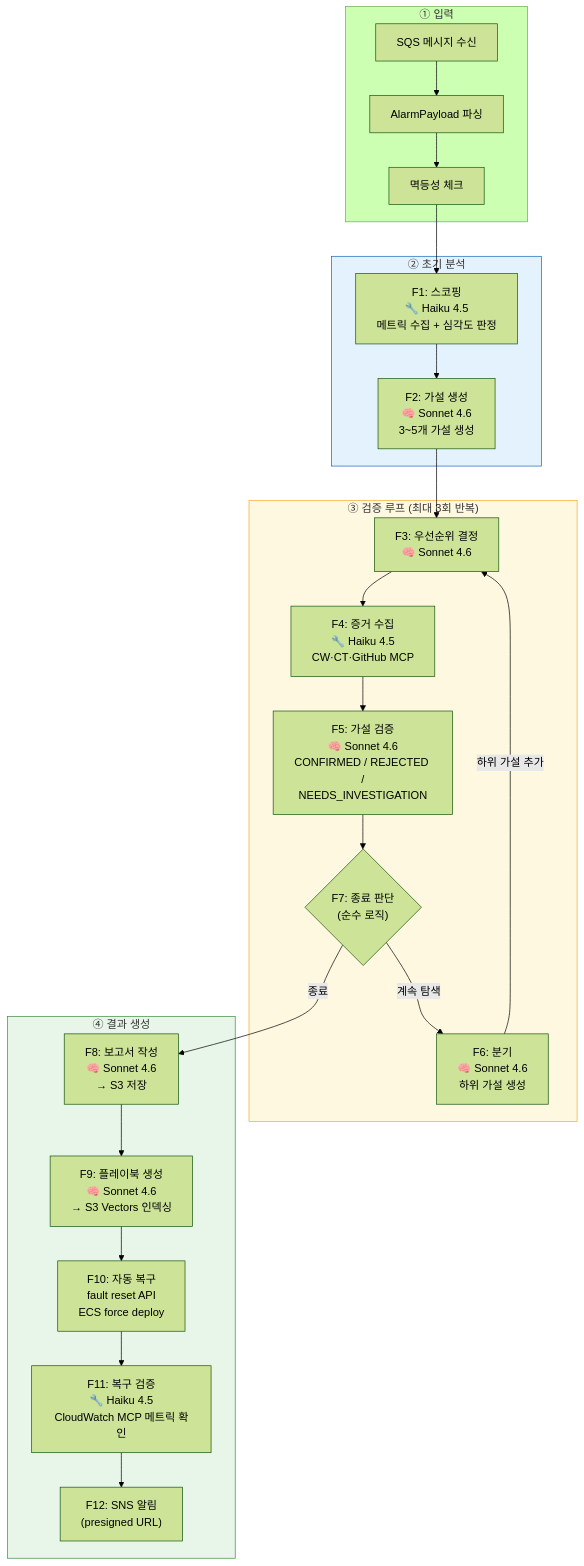
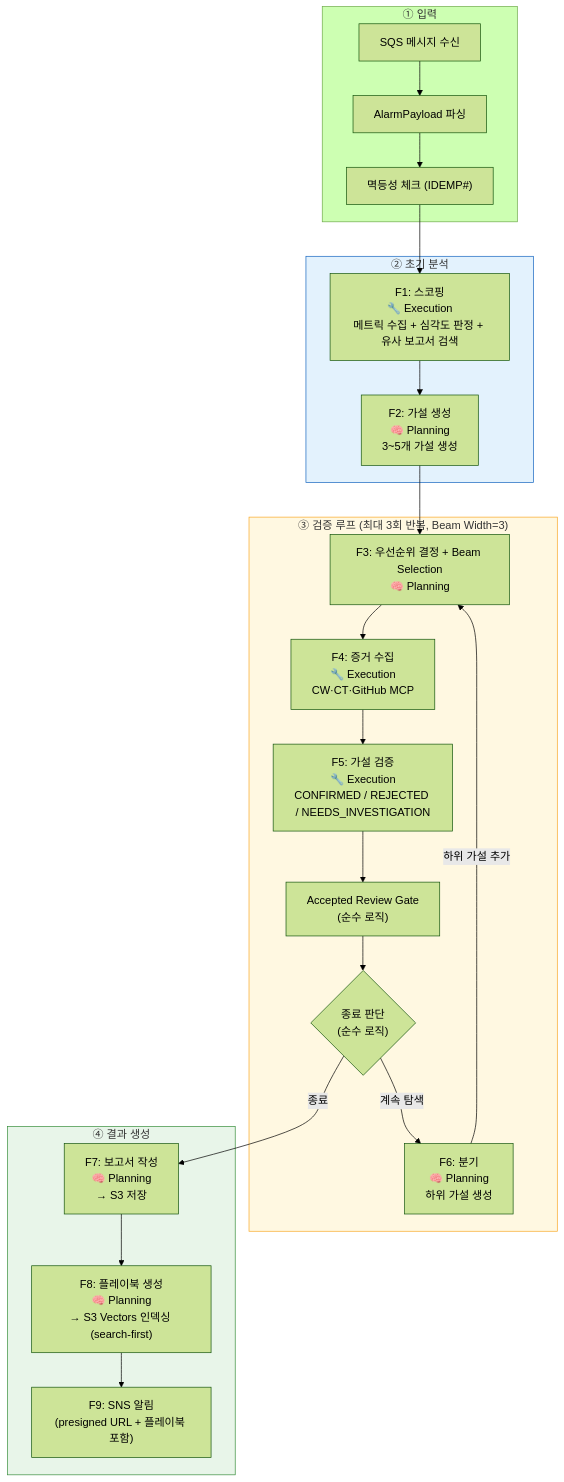
One commit to haandol/rca-agent changed the sixth of 22 diagrams in docs/system-guide-for-ops.md. Above: the diagram before and after it, drawn with Mermaid (forest theme). The commit also changed other lines of this file and 9 other files, not shown here.

````diff
--- a/docs/system-guide-for-ops.md
+++ b/docs/system-guide-for-ops.md
@@ -298,44 +297,43 @@
 ```mermaid
 flowchart TD
     subgraph Input["① 입력"]
         SQS["SQS 메시지 수신"]
         PARSE["AlarmPayload 파싱"]
-        DEDUP["멱등성 체크"]
+        DEDUP["멱등성 체크 (IDEMP#)"]
         SQS --> PARSE --> DEDUP
     end
 
     subgraph Phase1["② 초기 분석"]
-        F1["F1: 스코핑<br/>🔧 Haiku 4.5<br/>메트릭 수집 + 심각도 판정"]
-        F2["F2: 가설 생성<br/>🧠 Sonnet 4.6<br/>3~5개 가설 생성"]
+        F1["F1: 스코핑<br/>🔧 Execution<br/>메트릭 수집 + 심각도 판정 + 유사 보고서 검색"]
+        F2["F2: 가설 생성<br/>🧠 Planning<br/>3~5개 가설 생성"]
     end
 
-    subgraph Loop["③ 검증 루프 (최대 3회 반복)"]
-        F3["F3: 우선순위 결정<br/>🧠 Sonnet 4.6"]
-        F4["F4: 증거 수집<br/>🔧 Haiku 4.5<br/>CW·CT·GitHub MCP"]
-        F5["F5: 가설 검증<br/>🧠 Sonnet 4.6<br/>CONFIRMED / REJECTED /<br/>NEEDS_INVESTIGATION"]
-        F7{"F7: 종료 판단<br/>(순수 로직)"}
-        F6["F6: 분기<br/>🧠 Sonnet 4.6<br/>하위 가설 생성"]
+    subgraph Loop["③ 검증 루프 (최대 3회 반복, Beam Width=3)"]
+        F3["F3: 우선순위 결정 + Beam Selection<br/>🧠 Planning"]
+        F4["F4: 증거 수집<br/>🔧 Execution<br/>CW·CT·GitHub MCP"]
+        F5["F5: 가설 검증<br/>🔧 Execution<br/>CONFIRMED / REJECTED / NEEDS_INVESTIGATION"]
+        RG["Accepted Review Gate<br/>(순수 로직)"]
+        TERM{"종료 판단<br/>(순수 로직)"}
+        F6["F6: 분기<br/>🧠 Planning<br/>하위 가설 생성"]
 
-        F3 --> F4 --> F5 --> F7
-        F7 -->|"계속 탐색"| F6
+        F3 --> F4 --> F5 --> RG --> TERM
+        TERM -->|"계속 탐색"| F6
         F6 -->|"하위 가설 추가"| F3
     end
 
     subgraph Output["④ 결과 생성"]
-        F8["F8: 보고서 작성<br/>🧠 Sonnet 4.6<br/>→ S3 저장"]
-        F9["F9: 플레이북 생성<br/>🧠 Sonnet 4.6<br/>→ S3 Vectors 인덱싱"]
-        F10["F10: 자동 복구<br/>fault reset API<br/>ECS force deploy"]
-        F11["F11: 복구 검증<br/>🔧 Haiku 4.5<br/>CloudWatch MCP 메트릭 확인"]
-        F12["F12: SNS 알림<br/>(presigned URL)"]
-        F8 --> F9 --> F10 --> F11 --> F12
+        F7["F7: 보고서 작성<br/>🧠 Planning<br/>→ S3 저장"]
+        F8["F8: 플레이북 생성<br/>🧠 Planning<br/>→ S3 Vectors 인덱싱 (search-first)"]
+        F9["F9: SNS 알림<br/>(presigned URL + 플레이북 포함)"]
+        F7 --> F8 --> F9
     end
 
     DEDUP --> F1
     F1 --> F2
     F2 --> F3
-    F7 -->|"종료"| F8
+    TERM -->|"종료"| F7
 
     style Phase1 fill:#e3f2fd,stroke:#1565c0
     style Loop fill:#fff8e1,stroke:#f9a825
     style Output fill:#e8f5e9,stroke:#388e3c
 ```
````
